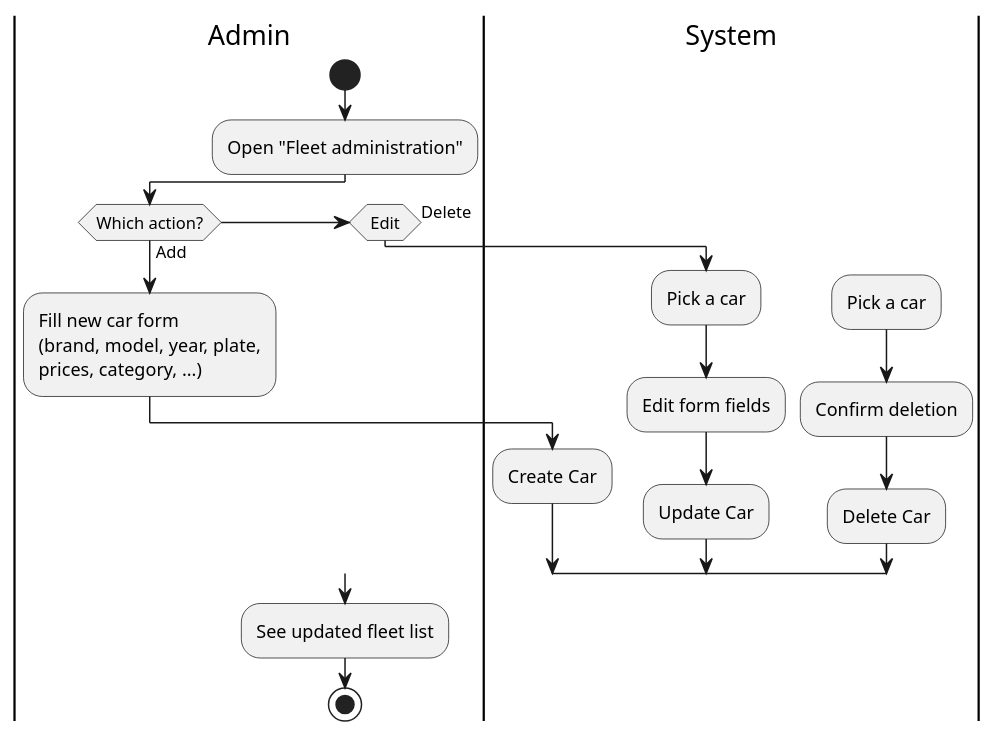
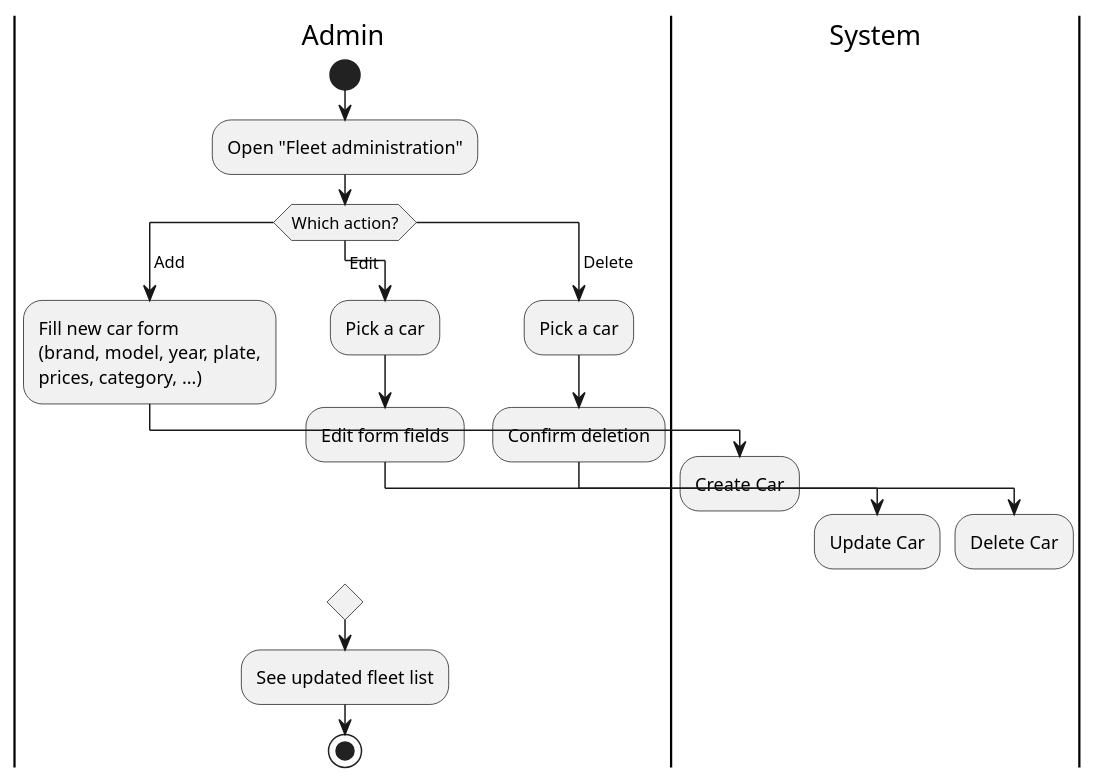
The diagram in docs/diagrams/activity-manage-fleet.puml (DavidMagyarics/CarRentalVSB), drawn with PlantUML before and after one commit.

Commit message:
fix: manage-fleet activity diagram rendered garbled
The 3-way decision used if/elseif/else with a malformed elseif clause
(missing edge label), so PlantUML rendered "Edit" as a bogus nested
decision and misattributed "Delete" as its entry label instead of a
real three-way branch. Switched to PlantUML's switch/case/endswitch,
which is the correct construct for this exact "which action?" pattern.
Also fixed "Pick a car" silently landing in the System lane (it
inherited the previous case's trailing |System| context) by adding
an explicit |Admin| at the start of the Edit/Delete cases.

```diff
--- a/docs/diagrams/activity-manage-fleet.puml
+++ b/docs/diagrams/activity-manage-fleet.puml
@@ -1,27 +1,30 @@
 @startuml activity-manage-fleet
 skinparam backgroundColor white
 
 |Admin|
 start
 :Open "Fleet administration";
 
-if (Which action?) then (Add)
+switch (Which action?)
+case ( Add )
   :Fill new car form\n(brand, model, year, plate,\nprices, category, ...);
   |System|
   :Create Car;
-elseif (Edit) then
+case ( Edit )
+  |Admin|
   :Pick a car;
   :Edit form fields;
   |System|
   :Update Car;
-else (Delete)
+case ( Delete )
+  |Admin|
   :Pick a car;
   :Confirm deletion;
   |System|
   :Delete Car;
-endif
+endswitch
 
 |Admin|
 :See updated fleet list;
 stop
 @enduml
```
